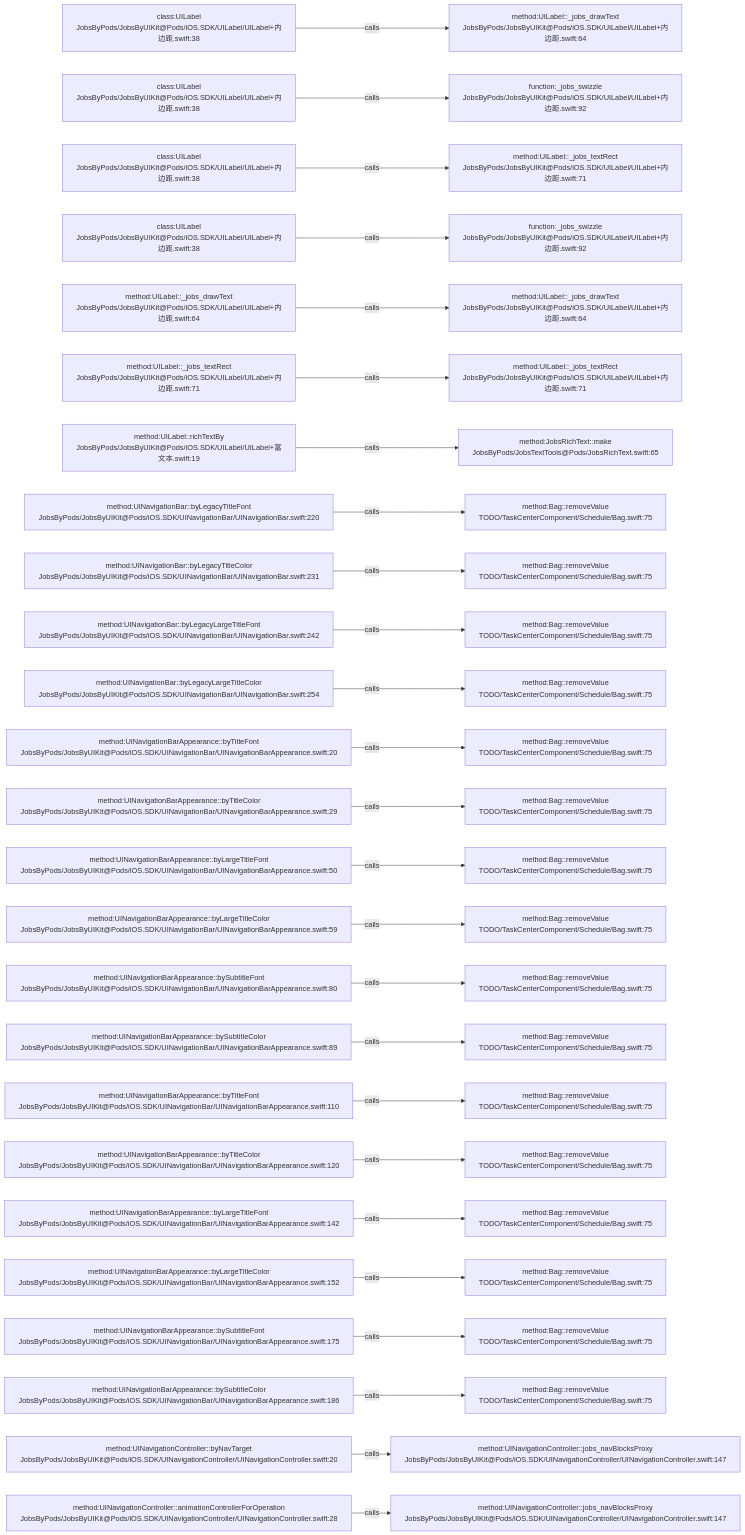
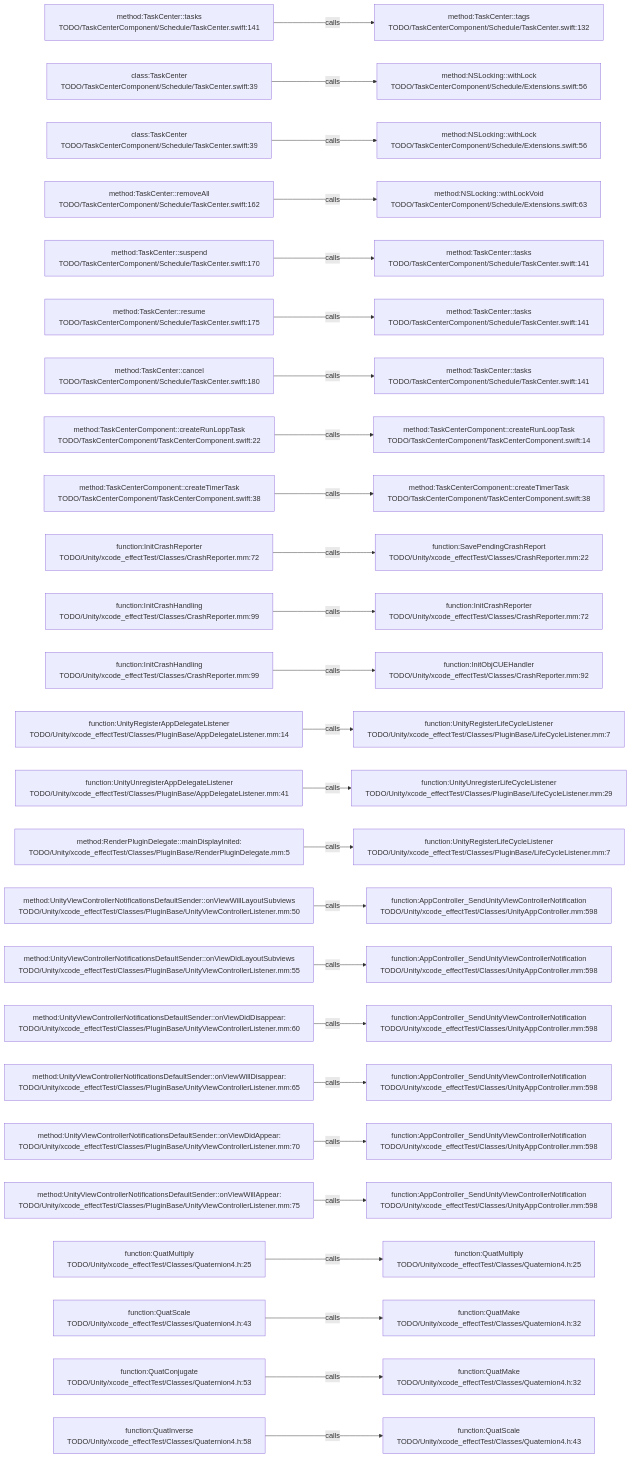
One commit to JobsKits/JobsSwiftBaseConfigDemo changed the diagram in .codegraph/codegraph.md/graphs/calls-023.md. Above: the diagram before and after it, drawn with Mermaid. The commit also changed 227 other files, not shown here.

````diff
--- a/.codegraph/codegraph.md/graphs/calls-023.md
+++ b/.codegraph/codegraph.md/graphs/calls-023.md
@@ -13,78 +13,78 @@
 ```mermaid
 flowchart LR
-  S1["class:UILabel<br/>JobsByPods/JobsByUIKit@Pods/iOS.SDK/UILabel/UILabel+内边距.swift:38"]
-  T1["method:UILabel::_jobs_drawText<br/>JobsByPods/JobsByUIKit@Pods/iOS.SDK/UILabel/UILabel+内边距.swift:64"]
+  S1["method:TaskCenter::tasks<br/>TODO/TaskCenterComponent/Schedule/TaskCenter.swift:141"]
+  T1["method:TaskCenter::tags<br/>TODO/TaskCenterComponent/Schedule/TaskCenter.swift:132"]
   S1 -->|calls| T1
-  S2["class:UILabel<br/>JobsByPods/JobsByUIKit@Pods/iOS.SDK/UILabel/UILabel+内边距.swift:38"]
-  T2["function:_jobs_swizzle<br/>JobsByPods/JobsByUIKit@Pods/iOS.SDK/UILabel/UILabel+内边距.swift:92"]
+  S2["class:TaskCenter<br/>TODO/TaskCenterComponent/Schedule/TaskCenter.swift:39"]
+  T2["method:NSLocking::withLock<br/>TODO/TaskCenterComponent/Schedule/Extensions.swift:56"]
   S2 -->|calls| T2
-  S3["class:UILabel<br/>JobsByPods/JobsByUIKit@Pods/iOS.SDK/UILabel/UILabel+内边距.swift:38"]
-  T3["method:UILabel::_jobs_textRect<br/>JobsByPods/JobsByUIKit@Pods/iOS.SDK/UILabel/UILabel+内边距.swift:71"]
+  S3["class:TaskCenter<br/>TODO/TaskCenterComponent/Schedule/TaskCenter.swift:39"]
+  T3["method:NSLocking::withLock<br/>TODO/TaskCenterComponent/Schedule/Extensions.swift:56"]
   S3 -->|calls| T3
-  S4["class:UILabel<br/>JobsByPods/JobsByUIKit@Pods/iOS.SDK/UILabel/UILabel+内边距.swift:38"]
-  T4["function:_jobs_swizzle<br/>JobsByPods/JobsByUIKit@Pods/iOS.SDK/UILabel/UILabel+内边距.swift:92"]
+  S4["method:TaskCenter::removeAll<br/>TODO/TaskCenterComponent/Schedule/TaskCenter.swift:162"]
+  T4["method:NSLocking::withLockVoid<br/>TODO/TaskCenterComponent/Schedule/Extensions.swift:63"]
   S4 -->|calls| T4
-  S5["method:UILabel::_jobs_drawText<br/>JobsByPods/JobsByUIKit@Pods/iOS.SDK/UILabel/UILabel+内边距.swift:64"]
-  T5["method:UILabel::_jobs_drawText<br/>JobsByPods/JobsByUIKit@Pods/iOS.SDK/UILabel/UILabel+内边距.swift:64"]
+  S5["method:TaskCenter::suspend<br/>TODO/TaskCenterComponent/Schedule/TaskCenter.swift:170"]
+  T5["method:TaskCenter::tasks<br/>TODO/TaskCenterComponent/Schedule/TaskCenter.swift:141"]
   S5 -->|calls| T5
-  S6["method:UILabel::_jobs_textRect<br/>JobsByPods/JobsByUIKit@Pods/iOS.SDK/UILabel/UILabel+内边距.swift:71"]
-  T6["method:UILabel::_jobs_textRect<br/>JobsByPods/JobsByUIKit@Pods/iOS.SDK/UILabel/UILabel+内边距.swift:71"]
+  S6["method:TaskCenter::resume<br/>TODO/TaskCenterComponent/Schedule/TaskCenter.swift:175"]
+  T6["method:TaskCenter::tasks<br/>TODO/TaskCenterComponent/Schedule/TaskCenter.swift:141"]
   S6 -->|calls| T6
-  S7["method:UILabel::richTextBy<br/>JobsByPods/JobsByUIKit@Pods/iOS.SDK/UILabel/UILabel+富文本.swift:19"]
-  T7["method:JobsRichText::make<br/>JobsByPods/JobsTextTools@Pods/JobsRichText.swift:65"]
+  S7["method:TaskCenter::cancel<br/>TODO/TaskCenterComponent/Schedule/TaskCenter.swift:180"]
+  T7["method:TaskCenter::tasks<br/>TODO/TaskCenterComponent/Schedule/TaskCenter.swift:141"]
   S7 -->|calls| T7
-  S8["method:UINavigationBar::byLegacyTitleFont<br/>JobsByPods/JobsByUIKit@Pods/iOS.SDK/UINavigationBar/UINavigationBar.swift:220"]
-  T8["method:Bag::removeValue<br/>TODO/TaskCenterComponent/Schedule/Bag.swift:75"]
+  S8["method:TaskCenterComponent::createRunLoppTask<br/>TODO/TaskCenterComponent/TaskCenterComponent.swift:22"]
+  T8["method:TaskCenterComponent::createRunLoopTask<br/>TODO/TaskCenterComponent/TaskCenterComponent.swift:14"]
   S8 -->|calls| T8
-  S9["method:UINavigationBar::byLegacyTitleColor<br/>JobsByPods/JobsByUIKit@Pods/iOS.SDK/UINavigationBar/UINavigationBar.swift:231"]
-  T9["method:Bag::removeValue<br/>TODO/TaskCenterComponent/Schedule/Bag.swift:75"]
+  S9["method:TaskCenterComponent::createTimerTask<br/>TODO/TaskCenterComponent/TaskCenterComponent.swift:38"]
+  T9["method:TaskCenterComponent::createTimerTask<br/>TODO/TaskCenterComponent/TaskCenterComponent.swift:38"]
   S9 -->|calls| T9
-  S10["method:UINavigationBar::byLegacyLargeTitleFont<br/>JobsByPods/JobsByUIKit@Pods/iOS.SDK/UINavigationBar/UINavigationBar.swift:242"]
-  T10["method:Bag::removeValue<br/>TODO/TaskCenterComponent/Schedule/Bag.swift:75"]
+  S10["function:InitCrashReporter<br/>TODO/Unity/xcode_effectTest/Classes/CrashReporter.mm:72"]
+  T10["function:SavePendingCrashReport<br/>TODO/Unity/xcode_effectTest/Classes/CrashReporter.mm:22"]
   S10 -->|calls| T10
-  S11["method:UINavigationBar::byLegacyLargeTitleColor<br/>JobsByPods/JobsByUIKit@Pods/iOS.SDK/UINavigationBar/UINavigationBar.swift:254"]
-  T11["method:Bag::removeValue<br/>TODO/TaskCenterComponent/Schedule/Bag.swift:75"]
+  S11["function:InitCrashHandling<br/>TODO/Unity/xcode_effectTest/Classes/CrashReporter.mm:99"]
+  T11["function:InitCrashReporter<br/>TODO/Unity/xcode_effectTest/Classes/CrashReporter.mm:72"]
   S11 -->|calls| T11
-  S12["method:UINavigationBarAppearance::byTitleFont<br/>JobsByPods/JobsByUIKit@Pods/iOS.SDK/UINavigationBar/UINavigationBarAppearance.swift:20"]
-  T12["method:Bag::removeValue<br/>TODO/TaskCenterComponent/Schedule/Bag.swift:75"]
+  S12["function:InitCrashHandling<br/>TODO/Unity/xcode_effectTest/Classes/CrashReporter.mm:99"]
+  T12["function:InitObjCUEHandler<br/>TODO/Unity/xcode_effectTest/Classes/CrashReporter.mm:92"]
   S12 -->|calls| T12
-  S13["method:UINavigationBarAppearance::byTitleColor<br/>JobsByPods/JobsByUIKit@Pods/iOS.SDK/UINavigationBar/UINavigationBarAppearance.swift:29"]
-  T13["method:Bag::removeValue<br/>TODO/TaskCenterComponent/Schedule/Bag.swift:75"]
+  S13["function:UnityRegisterAppDelegateListener<br/>TODO/Unity/xcode_effectTest/Classes/PluginBase/AppDelegateListener.mm:14"]
+  T13["function:UnityRegisterLifeCycleListener<br/>TODO/Unity/xcode_effectTest/Classes/PluginBase/LifeCycleListener.mm:7"]
   S13 -->|calls| T13
-  S14["method:UINavigationBarAppearance::byLargeTitleFont<br/>JobsByPods/JobsByUIKit@Pods/iOS.SDK/UINavigationBar/UINavigationBarAppearance.swift:50"]
-  T14["method:Bag::removeValue<br/>TODO/TaskCenterComponent/Schedule/Bag.swift:75"]
+  S14["function:UnityUnregisterAppDelegateListener<br/>TODO/Unity/xcode_effectTest/Classes/PluginBase/AppDelegateListener.mm:41"]
+  T14["function:UnityUnregisterLifeCycleListener<br/>TODO/Unity/xcode_effectTest/Classes/PluginBase/LifeCycleListener.mm:29"]
   S14 -->|calls| T14
-  S15["method:UINavigationBarAppearance::byLargeTitleColor<br/>JobsByPods/JobsByUIKit@Pods/iOS.SDK/UINavigationBar/UINavigationBarAppearance.swift:59"]
-  T15["method:Bag::removeValue<br/>TODO/TaskCenterComponent/Schedule/Bag.swift:75"]
+  S15["method:RenderPluginDelegate::mainDisplayInited:<br/>TODO/Unity/xcode_effectTest/Classes/PluginBase/RenderPluginDelegate.mm:5"]
+  T15["function:UnityRegisterLifeCycleListener<br/>TODO/Unity/xcode_effectTest/Classes/PluginBase/LifeCycleListener.mm:7"]
   S15 -->|calls| T15
-  S16["method:UINavigationBarAppearance::bySubtitleFont<br/>JobsByPods/JobsByUIKit@Pods/iOS.SDK/UINavigationBar/UINavigationBarAppearance.swift:80"]
-  T16["method:Bag::removeValue<br/>TODO/TaskCenterComponent/Schedule/Bag.swift:75"]
+  S16["method:UnityViewControllerNotificationsDefaultSender::onViewWillLayoutSubviews<br/>TODO/Unity/xcode_effectTest/Classes/PluginBase/UnityViewControllerListener.mm:50"]
+  T16["function:AppController_SendUnityViewControllerNotification<br/>TODO/Unity/xcode_effectTest/Classes/UnityAppController.mm:598"]
   S16 -->|calls| T16
-  S17["method:UINavigationBarAppearance::bySubtitleColor<br/>JobsByPods/JobsByUIKit@Pods/iOS.SDK/UINavigationBar/UINavigationBarAppearance.swift:89"]
-  T17["method:Bag::removeValue<br/>TODO/TaskCenterComponent/Schedule/Bag.swift:75"]
+  S17["method:UnityViewControllerNotificationsDefaultSender::onViewDidLayoutSubviews<br/>TODO/Unity/xcode_effectTest/Classes/PluginBase/UnityViewControllerListener.mm:55"]
+  T17["function:AppController_SendUnityViewControllerNotification<br/>TODO/Unity/xcode_effectTest/Classes/UnityAppController.mm:598"]
   S17 -->|calls| T17
-  S18["method:UINavigationBarAppearance::byTitleFont<br/>JobsByPods/JobsByUIKit@Pods/iOS.SDK/UINavigationBar/UINavigationBarAppearance.swift:110"]
-  T18["method:Bag::removeValue<br/>TODO/TaskCenterComponent/Schedule/Bag.swift:75"]
+  S18["method:UnityViewControllerNotificationsDefaultSender::onViewDidDisappear:<br/>TODO/Unity/xcode_effectTest/Classes/PluginBase/UnityViewControllerListener.mm:60"]
+  T18["function:AppController_SendUnityViewControllerNotification<br/>TODO/Unity/xcode_effectTest/Classes/UnityAppController.mm:598"]
   S18 -->|calls| T18
-  S19["method:UINavigationBarAppearance::byTitleColor<br/>JobsByPods/JobsByUIKit@Pods/iOS.SDK/UINavigationBar/UINavigationBarAppearance.swift:120"]
-  T19["method:Bag::removeValue<br/>TODO/TaskCenterComponent/Schedule/Bag.swift:75"]
+  S19["method:UnityViewControllerNotificationsDefaultSender::onViewWillDisappear:<br/>TODO/Unity/xcode_effectTest/Classes/PluginBase/UnityViewControllerListener.mm:65"]
+  T19["function:AppController_SendUnityViewControllerNotification<br/>TODO/Unity/xcode_effectTest/Classes/UnityAppController.mm:598"]
   S19 -->|calls| T19
-  S20["method:UINavigationBarAppearance::byLargeTitleFont<br/>JobsByPods/JobsByUIKit@Pods/iOS.SDK/UINavigationBar/UINavigationBarAppearance.swift:142"]
-  T20["method:Bag::removeValue<br/>TODO/TaskCenterComponent/Schedule/Bag.swift:75"]
+  S20["method:UnityViewControllerNotificationsDefaultSender::onViewDidAppear:<br/>TODO/Unity/xcode_effectTest/Classes/PluginBase/UnityViewControllerListener.mm:70"]
+  T20["function:AppController_SendUnityViewControllerNotification<br/>TODO/Unity/xcode_effectTest/Classes/UnityAppController.mm:598"]
   S20 -->|calls| T20
-  S21["method:UINavigationBarAppearance::byLargeTitleColor<br/>JobsByPods/JobsByUIKit@Pods/iOS.SDK/UINavigationBar/UINavigationBarAppearance.swift:152"]
-  T21["method:Bag::removeValue<br/>TODO/TaskCenterComponent/Schedule/Bag.swift:75"]
+  S21["method:UnityViewControllerNotificationsDefaultSender::onViewWillAppear:<br/>TODO/Unity/xcode_effectTest/Classes/PluginBase/UnityViewControllerListener.mm:75"]
+  T21["function:AppController_SendUnityViewControllerNotification<br/>TODO/Unity/xcode_effectTest/Classes/UnityAppController.mm:598"]
   S21 -->|calls| T21
-  S22["method:UINavigationBarAppearance::bySubtitleFont<br/>JobsByPods/JobsByUIKit@Pods/iOS.SDK/UINavigationBar/UINavigationBarAppearance.swift:175"]
-  T22["method:Bag::removeValue<br/>TODO/TaskCenterComponent/Schedule/Bag.swift:75"]
+  S22["function:QuatMultiply<br/>TODO/Unity/xcode_effectTest/Classes/Quaternion4.h:25"]
+  T22["function:QuatMultiply<br/>TODO/Unity/xcode_effectTest/Classes/Quaternion4.h:25"]
   S22 -->|calls| T22
-  S23["method:UINavigationBarAppearance::bySubtitleColor<br/>JobsByPods/JobsByUIKit@Pods/iOS.SDK/UINavigationBar/UINavigationBarAppearance.swift:186"]
-  T23["method:Bag::removeValue<br/>TODO/TaskCenterComponent/Schedule/Bag.swift:75"]
+  S23["function:QuatScale<br/>TODO/Unity/xcode_effectTest/Classes/Quaternion4.h:43"]
+  T23["function:QuatMake<br/>TODO/Unity/xcode_effectTest/Classes/Quaternion4.h:32"]
   S23 -->|calls| T23
-  S24["method:UINavigationController::byNavTarget<br/>JobsByPods/JobsByUIKit@Pods/iOS.SDK/UINavigationController/UINavigationController.swift:20"]
-  T24["method:UINavigationController::jobs_navBlocksProxy<br/>JobsByPods/JobsByUIKit@Pods/iOS.SDK/UINavigationController/UINavigationController.swift:147"]
+  S24["function:QuatConjugate<br/>TODO/Unity/xcode_effectTest/Classes/Quaternion4.h:53"]
+  T24["function:QuatMake<br/>TODO/Unity/xcode_effectTest/Classes/Quaternion4.h:32"]
   S24 -->|calls| T24
-  S25["method:UINavigationController::animationControllerForOperation<br/>JobsByPods/JobsByUIKit@Pods/iOS.SDK/UINavigationController/UINavigationController.swift:28"]
-  T25["method:UINavigationController::jobs_navBlocksProxy<br/>JobsByPods/JobsByUIKit@Pods/iOS.SDK/UINavigationController/UINavigationController.swift:147"]
+  S25["function:QuatInverse<br/>TODO/Unity/xcode_effectTest/Classes/Quaternion4.h:58"]
+  T25["function:QuatScale<br/>TODO/Unity/xcode_effectTest/Classes/Quaternion4.h:43"]
   S25 -->|calls| T25
 ```
````
